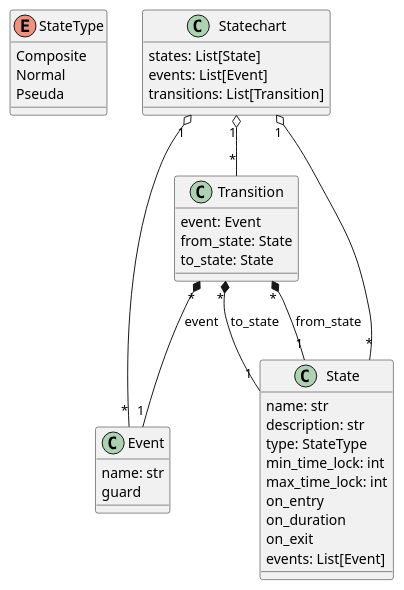
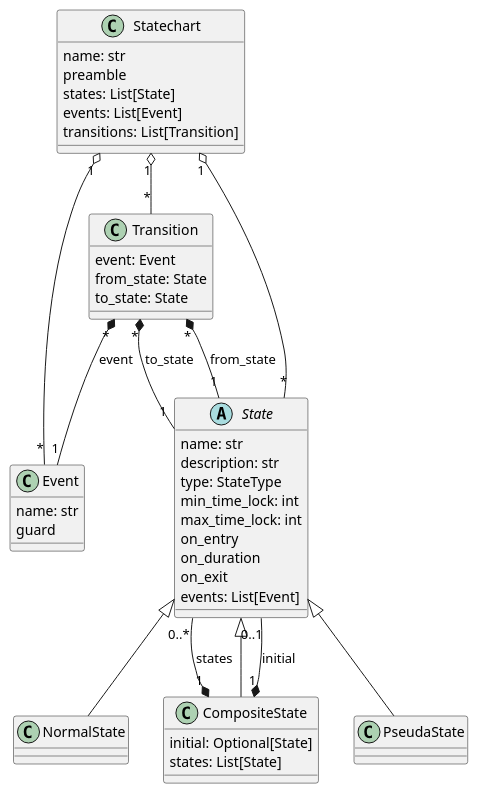
Before and after one commit to HansBug/pyfcstm: the diagram in docs/source/tutorials/quick_start/meta.puml, drawn with PlantUML.

Commit message:
dev(hansbug): update statechart

```diff
--- a/docs/source/tutorials/quick_start/meta.puml
+++ b/docs/source/tutorials/quick_start/meta.puml
@@ -1,45 +1,61 @@
 @startuml
 
-enum StateType {
-    Composite
-    Normal
-    Pseuda
-}
-
-class State {
+abstract class State {
     name: str
     description: str
     type: StateType
     min_time_lock: int
     max_time_lock: int
     on_entry
     on_duration
     on_exit
     events: List[Event]
+}
+
+CompositeState -up-|> State
+
+class CompositeState {
+    initial: Optional[State]
+    states: List[State]
+}
+
+CompositeState "1" *-- "0..1" State : initial
+CompositeState "1" *-- "0..*" State : states
+
+NormalState -up-|> State
+
+class NormalState {
+}
+
+PseudaState -up-|> State
+
+class PseudaState {
 
 }
 
 class Event {
     name: str
     guard
 }
 
 class Transition {
     event: Event
     from_state: State
     to_state: State
 }
 Transition "*" *-- "1" State : from_state
 Transition "*" *-- "1" State : to_state
 Transition "*" *-- "1" Event : event
 
 class Statechart {
+    name: str
+    preamble
     states: List[State]
     events: List[Event]
     transitions: List[Transition]
 }
 
 Statechart "1" o-- "*" State
 Statechart "1" o-- "*" Event
 Statechart "1" o-- "*" Transition
 @enduml
```
